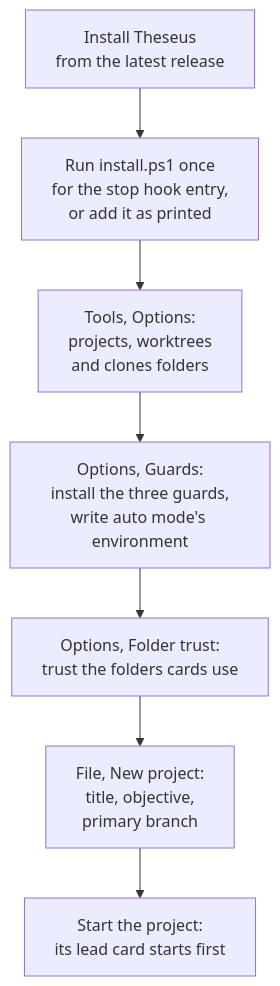
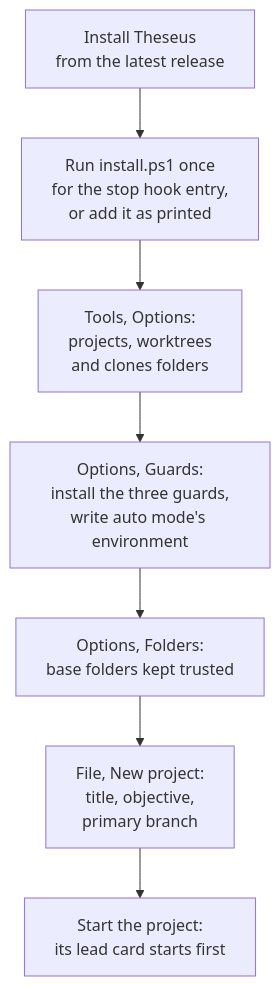
One commit to nigelbasel/Theseus changed diagram 41 of 42 in docs/factory-guide.md. Above: the diagram before and after it, drawn with Mermaid. The commit also changed other lines of this file and 29 other files, not shown here.

First line of the commit message:
Folder trust: base folders kept trusted, cards with worktrees start in their workstream folder (1.3f)

````diff
--- a/docs/factory-guide.md
+++ b/docs/factory-guide.md
@@ -1515,9 +1515,9 @@
 ```mermaid
 flowchart TB
   A["Install Theseus<br/>from the latest release"] --> B["Run install.ps1 once<br/>for the stop hook entry,<br/>or add it as printed"]
   B --> C["Tools, Options:<br/>projects, worktrees<br/>and clones folders"]
   C --> D["Options, Guards:<br/>install the three guards,<br/>write auto mode's environment"]
-  D --> E["Options, Folder trust:<br/>trust the folders cards use"]
+  D --> E["Options, Folders:<br/>base folders kept trusted"]
   E --> F["File, New project:<br/>title, objective,<br/>primary branch"]
   F --> G["Start the project:<br/>its lead card starts first"]
 ```
````
